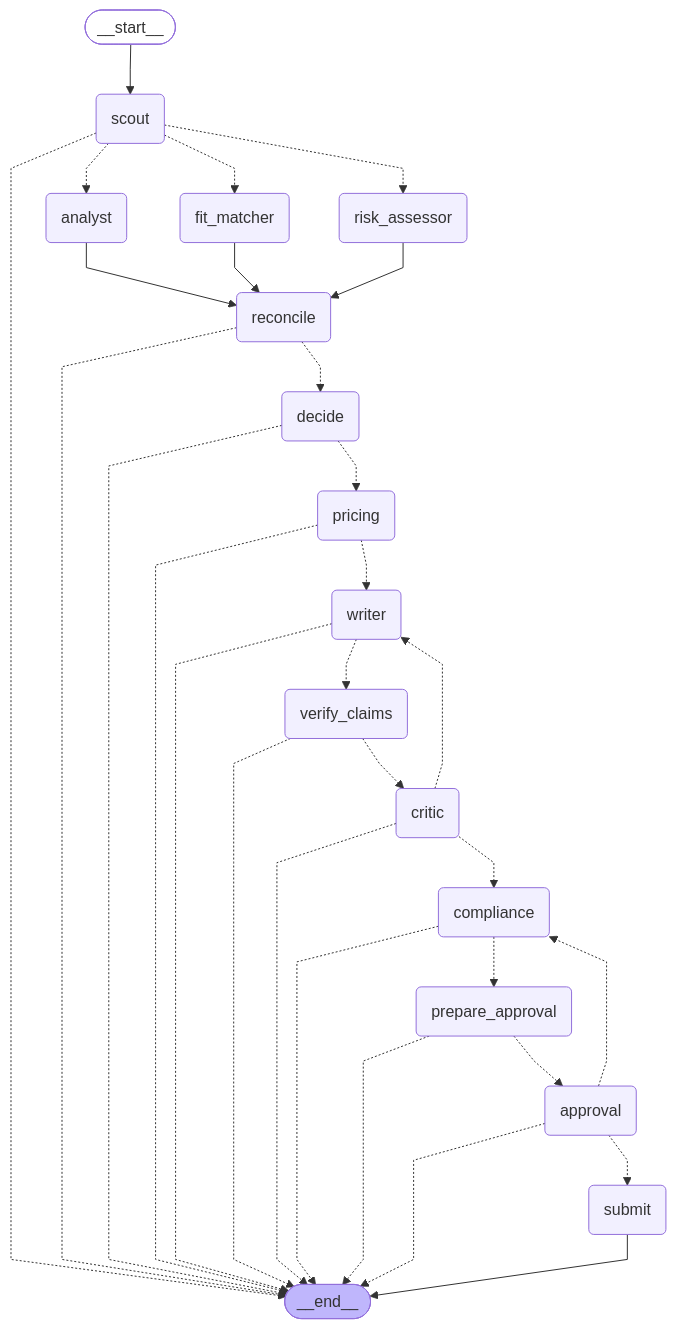
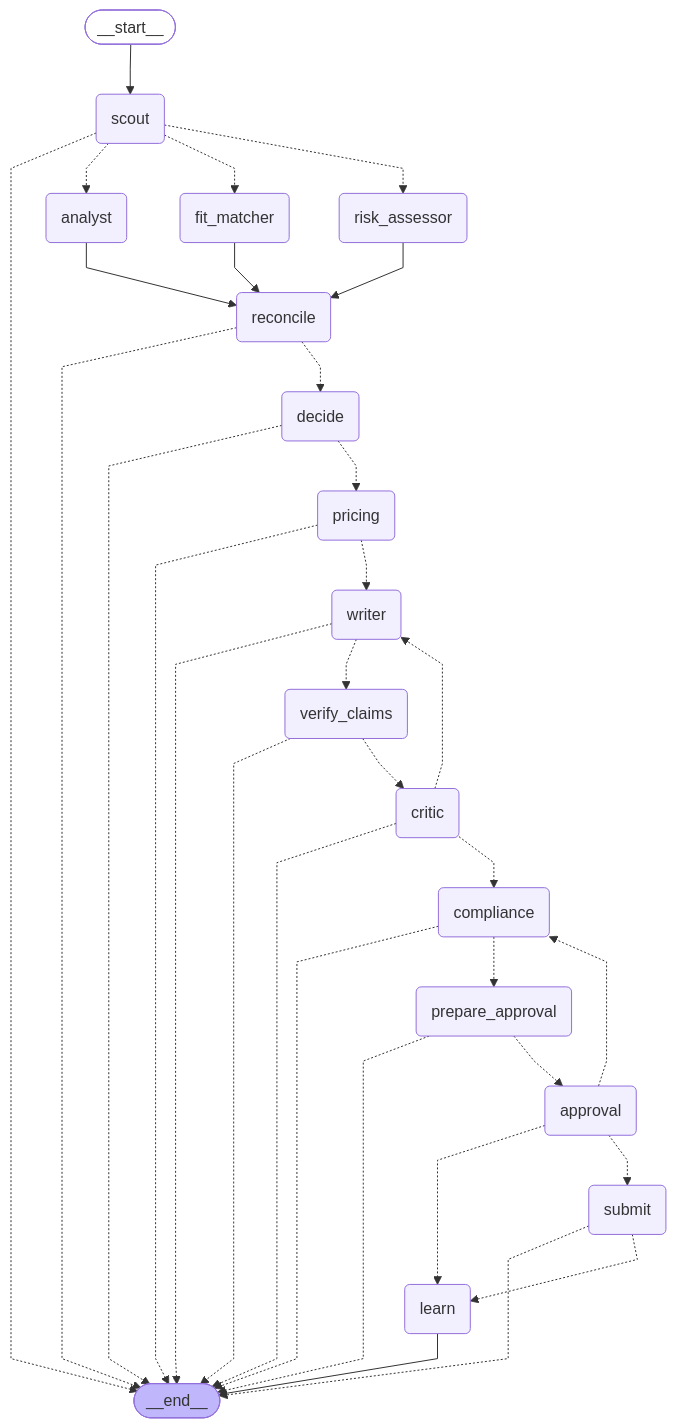
The diagram in docs/images/bid_graph.mmd (FatimaSohailll/GigBid), drawn with Mermaid before and after one commit. The commit also changed 4 other files, not shown here.

Commit message:
docs: render conversation graph and update requirement tracker

```diff
--- a/docs/images/bid_graph.mmd
+++ b/docs/images/bid_graph.mmd
@@ -1,54 +1,57 @@
 ---
 config:
   flowchart:
     curve: linear
 ---
 graph TD;
 	__start__([<p>__start__</p>]):::first
 	scout(scout)
 	analyst(analyst)
 	risk_assessor(risk_assessor)
 	fit_matcher(fit_matcher)
 	reconcile(reconcile)
 	decide(decide)
 	pricing(pricing)
 	writer(writer)
 	verify_claims(verify_claims)
 	critic(critic)
 	compliance(compliance)
 	prepare_approval(prepare_approval)
 	submit(submit)
+	learn(learn)
 	approval(approval)
 	__end__([<p>__end__</p>]):::last
 	__start__ --> scout;
 	analyst --> reconcile;
-	approval -.-> __end__;
 	approval -.-> compliance;
+	approval -.-> learn;
 	approval -.-> submit;
 	compliance -.-> __end__;
 	compliance -.-> prepare_approval;
 	critic -.-> __end__;
 	critic -.-> compliance;
 	critic -.-> writer;
 	decide -.-> __end__;
 	decide -.-> pricing;
 	fit_matcher --> reconcile;
 	prepare_approval -.-> __end__;
 	prepare_approval -.-> approval;
 	pricing -.-> __end__;
 	pricing -.-> writer;
 	reconcile -.-> __end__;
 	reconcile -.-> decide;
 	risk_assessor --> reconcile;
 	scout -.-> __end__;
 	scout -.-> analyst;
 	scout -.-> fit_matcher;
 	scout -.-> risk_assessor;
+	submit -.-> __end__;
+	submit -.-> learn;
 	verify_claims -.-> __end__;
 	verify_claims -.-> critic;
 	writer -.-> __end__;
 	writer -.-> verify_claims;
-	submit --> __end__;
+	learn --> __end__;
 	classDef default fill:#f2f0ff,line-height:1.2
 	classDef first fill-opacity:0
 	classDef last fill:#bfb6fc
```
